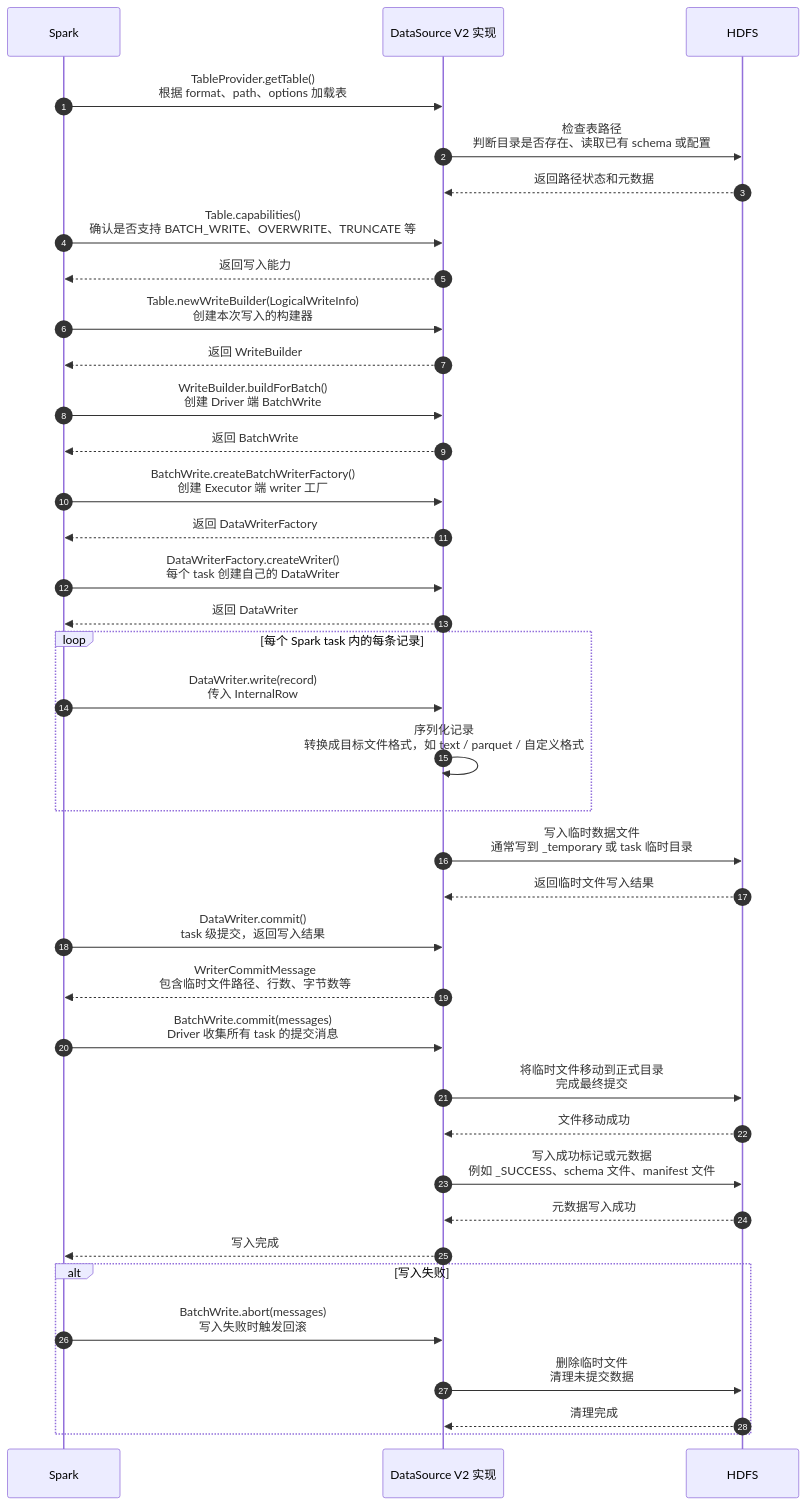
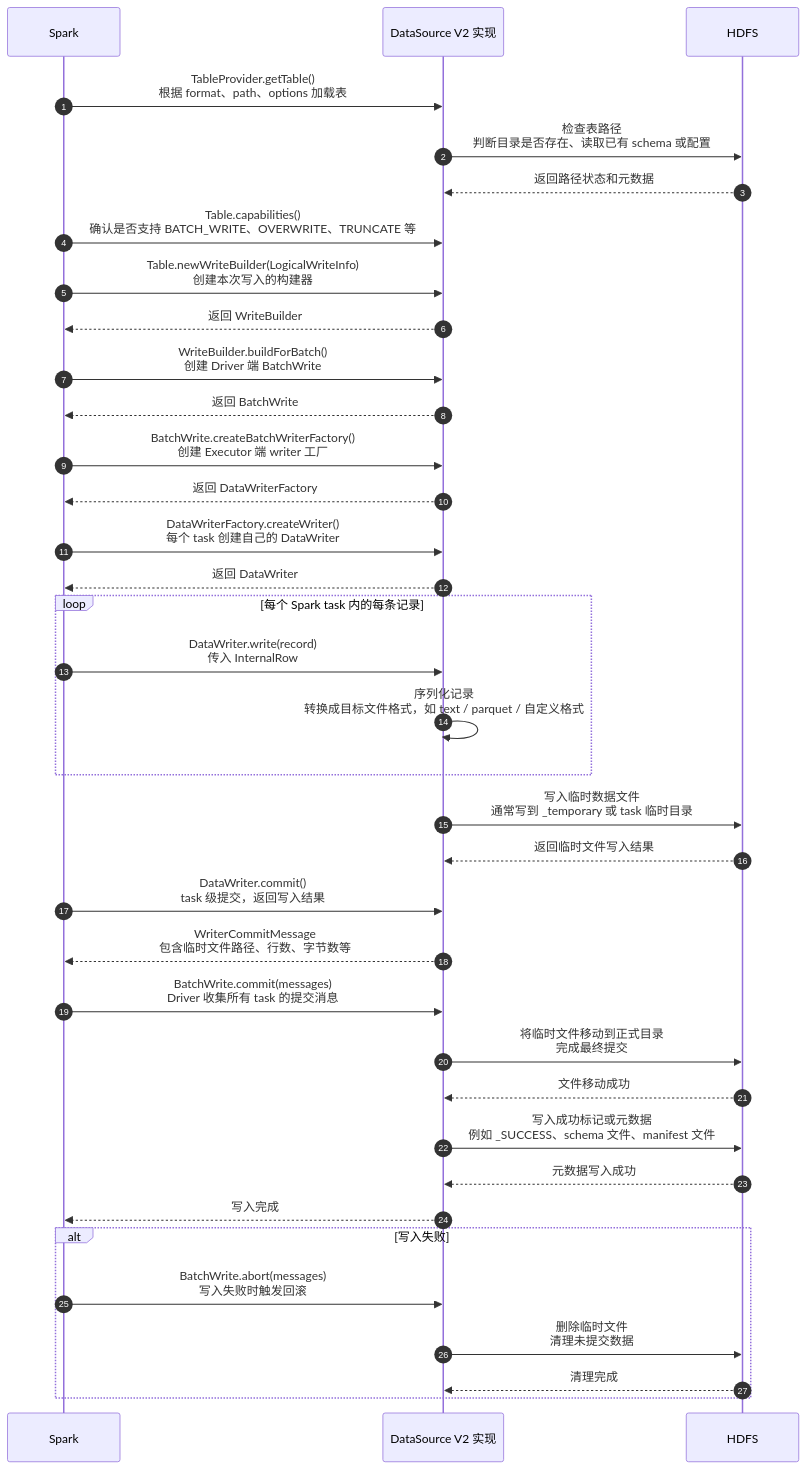
The diagram in all/未命名-9.md (HY-10-8/iodraw-files), drawn with Mermaid before and after one commit.

Commit message:
2026-04-18 15:37:43 update

````diff
--- a/all/未命名-9.md
+++ b/all/未命名-9.md
@@ -1,53 +1,52 @@
 ```mermaid
 sequenceDiagram
     autonumber
 
     participant Spark
     participant DSv2 as DataSource V2 实现
     participant HDFS
 
     Spark ->> DSv2: TableProvider.getTable()<br/>根据 format、path、options 加载表
     DSv2 ->> HDFS: 检查表路径<br/>判断目录是否存在、读取已有 schema 或配置
     HDFS -->> DSv2: 返回路径状态和元数据
 
     Spark ->> DSv2: Table.capabilities()<br/>确认是否支持 BATCH_WRITE、OVERWRITE、TRUNCATE 等
-    DSv2 -->> Spark: 返回写入能力
 
     Spark ->> DSv2: Table.newWriteBuilder(LogicalWriteInfo)<br/>创建本次写入的构建器
     DSv2 -->> Spark: 返回 WriteBuilder
 
     Spark ->> DSv2: WriteBuilder.buildForBatch()<br/>创建 Driver 端 BatchWrite
     DSv2 -->> Spark: 返回 BatchWrite
 
     Spark ->> DSv2: BatchWrite.createBatchWriterFactory()<br/>创建 Executor 端 writer 工厂
     DSv2 -->> Spark: 返回 DataWriterFactory
 
     Spark ->> DSv2: DataWriterFactory.createWriter()<br/>每个 task 创建自己的 DataWriter
     DSv2 -->> Spark: 返回 DataWriter
 
     loop 每个 Spark task 内的每条记录
         Spark ->> DSv2: DataWriter.write(record)<br/>传入 InternalRow
         DSv2 ->> DSv2: 序列化记录<br/>转换成目标文件格式，如 text / parquet / 自定义格式
     end
 
     DSv2 ->> HDFS: 写入临时数据文件<br/>通常写到 _temporary 或 task 临时目录
     HDFS -->> DSv2: 返回临时文件写入结果
 
     Spark ->> DSv2: DataWriter.commit()<br/>task 级提交，返回写入结果
     DSv2 -->> Spark: WriterCommitMessage<br/>包含临时文件路径、行数、字节数等
 
     Spark ->> DSv2: BatchWrite.commit(messages)<br/>Driver 收集所有 task 的提交消息
     DSv2 ->> HDFS: 将临时文件移动到正式目录<br/>完成最终提交
     HDFS -->> DSv2: 文件移动成功
 
     DSv2 ->> HDFS: 写入成功标记或元数据<br/>例如 _SUCCESS、schema 文件、manifest 文件
     HDFS -->> DSv2: 元数据写入成功
 
     DSv2 -->> Spark: 写入完成
 
     alt 写入失败
         Spark ->> DSv2: BatchWrite.abort(messages)<br/>写入失败时触发回滚
         DSv2 ->> HDFS: 删除临时文件<br/>清理未提交数据
         HDFS -->> DSv2: 清理完成
     end
 ```
````
